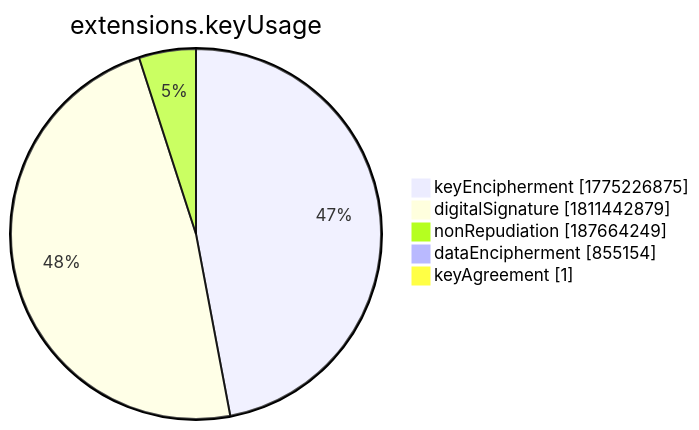
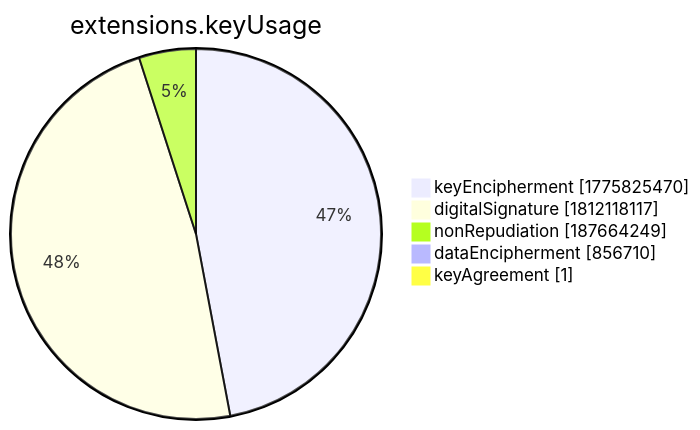
The seventh of 15 diagrams in xenon2022/README.md (christiankrug/ctmonitor_visualization), drawn with Mermaid before and after one commit. The commit also changed other lines of this file, not shown here.

````diff
--- a/xenon2022/README.md
+++ b/xenon2022/README.md
@@ -2859,9 +2859,9 @@
 ```mermaid
 pie showData
 title extensions.keyUsage
-"keyEncipherment" :1775226875
-"digitalSignature" :1811442879
+"keyEncipherment" :1775825470
+"digitalSignature" :1812118117
 "nonRepudiation" :187664249
-"dataEncipherment" :855154
+"dataEncipherment" :856710
 "keyAgreement" :1
 ```
````
